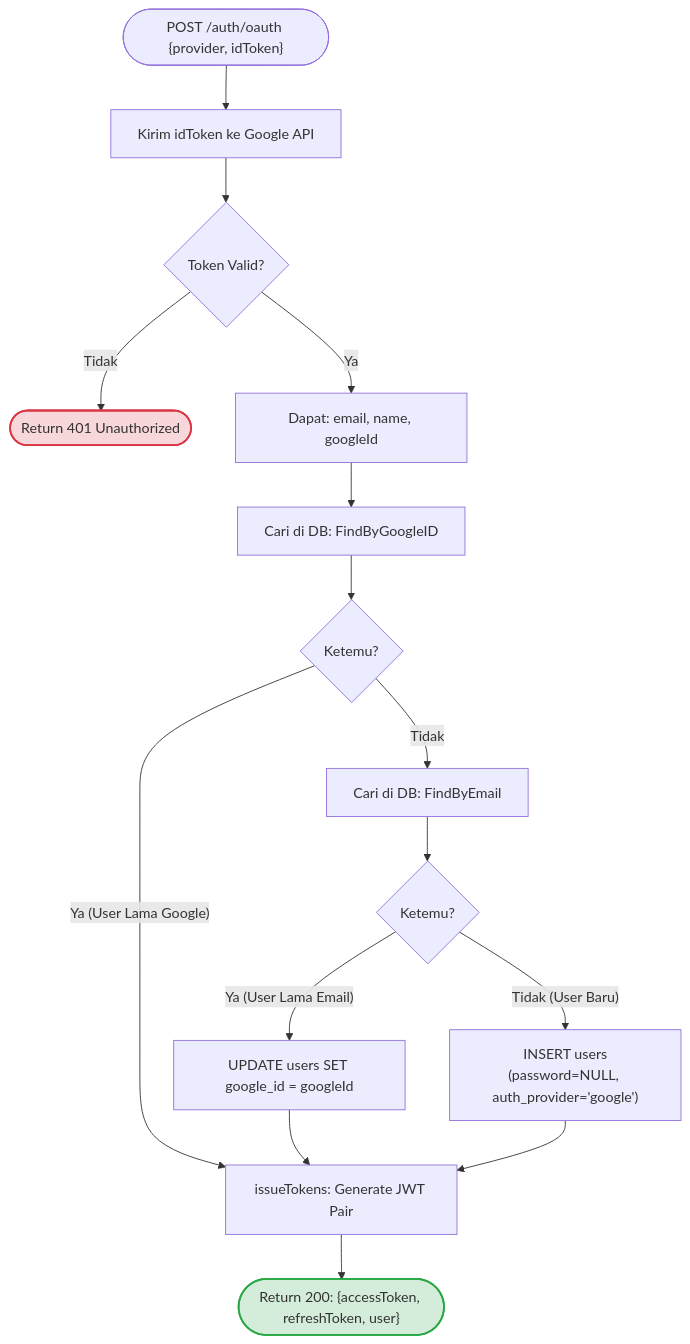
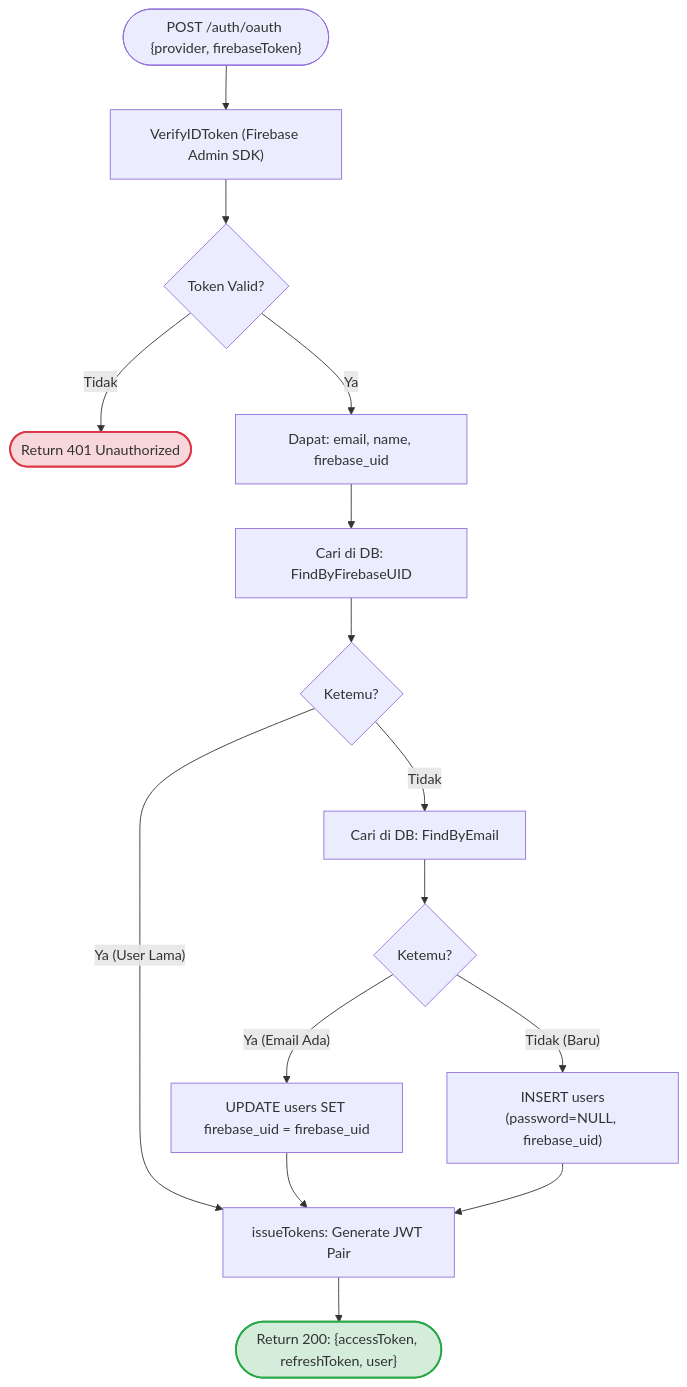
The fourth of 6 diagrams in docs/AUTH.md (nunutech40/open-api-free-news), drawn with Mermaid before and after one commit. The commit also changed other lines of this file and 5 other files, not shown here.

Commit message:
feat(auth): unified firebase social login with github and twitter support

````diff
--- a/docs/AUTH.md
+++ b/docs/AUTH.md
@@ -142,37 +137,37 @@
 ```mermaid
 flowchart TD
-    Start(["POST /auth/oauth {provider, idToken}"]) --> Verify["Kirim idToken ke Google API"]
+    Start(["POST /auth/oauth {provider, firebaseToken}"]) --> Verify["VerifyIDToken (Firebase Admin SDK)"]
     Verify --> IsValid{"Token Valid?"}
     
     %% Jika Invalid
     IsValid -- "Tidak" --> Ret401(["Return 401 Unauthorized"])
     
     %% Jika Valid
-    IsValid -- "Ya" --> GetGoogleData["Dapat: email, name, googleId"]
-    GetGoogleData --> FindGId["Cari di DB: FindByGoogleID"]
-    FindGId --> FoundGId{"Ketemu?"}
+    IsValid -- "Ya" --> GetData["Dapat: email, name, firebase_uid"]
+    GetData --> FindFB["Cari di DB: FindByFirebaseUID"]
+    FindFB --> FoundFB{"Ketemu?"}
     
-    %% Returning Google User
-    FoundGId -- "Ya (User Lama Google)" --> IssueTokens["issueTokens: Generate JWT Pair"]
+    %% Returning User
+    FoundFB -- "Ya (User Lama)" --> IssueTokens["issueTokens: Generate JWT Pair"]
     
     %% Fallback ke Email
-    FoundGId -- "Tidak" --> FindEmail["Cari di DB: FindByEmail"]
+    FoundFB -- "Tidak" --> FindEmail["Cari di DB: FindByEmail"]
     FindEmail --> FoundEmail{"Ketemu?"}
     
     %% Account Linking
-    FoundEmail -- "Ya (User Lama Email)" --> LinkAcc["UPDATE users SET google_id = googleId"]
+    FoundEmail -- "Ya (Email Ada)" --> LinkAcc["UPDATE users SET firebase_uid = firebase_uid"]
     LinkAcc --> IssueTokens
     
     %% Registrasi Baru
-    FoundEmail -- "Tidak (User Baru)" --> CreateUser["INSERT users<br>(password=NULL, auth_provider='google')"]
+    FoundEmail -- "Tidak (Baru)" --> CreateUser["INSERT users<br>(password=NULL, firebase_uid)"]
     CreateUser --> IssueTokens
     
     %% Sukses
     IssueTokens --> Ret200(["Return 200: {accessToken, refreshToken, user}"])
     
     %% Styling
     classDef success fill:#d4edda,stroke:#28a745,stroke-width:2px;
     classDef error fill:#f8d7da,stroke:#dc3545,stroke-width:2px;
     class Ret200 success;
     class Ret401 error;
 ```
````
